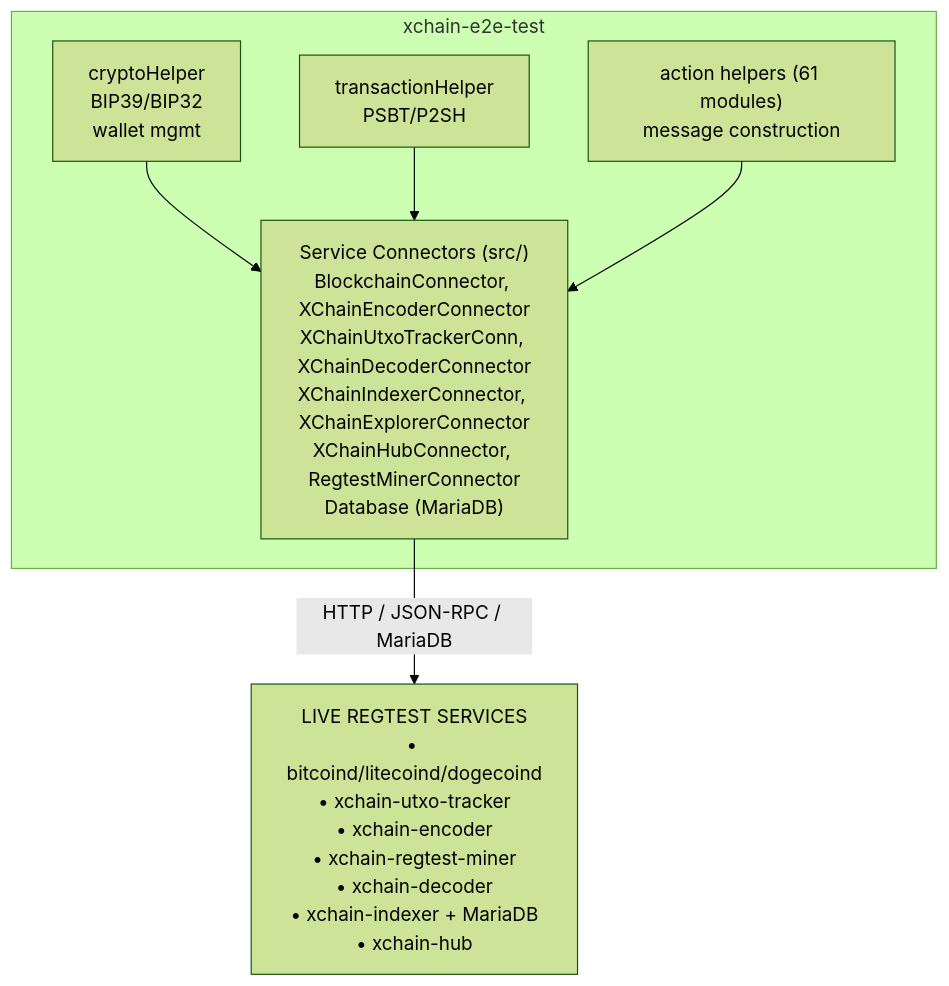
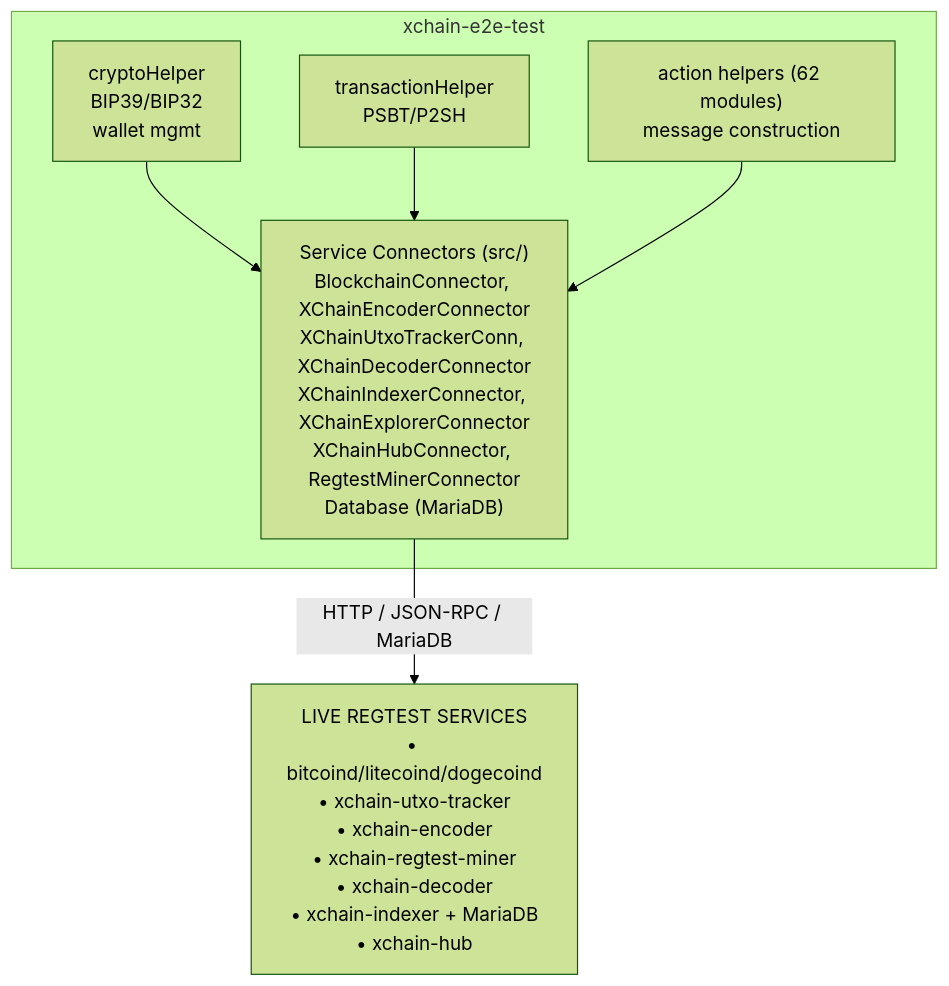
One commit to XChain-Platform/xchain-documentation changed the second of 2 diagrams in components/e2e-test/README.md. Above: the diagram before and after it, drawn with Mermaid (forest theme). The commit also changed 1 other file, not shown here.

Commit message:
Count the e2e rail leg coin helper among the helper modules

````diff
--- a/components/e2e-test/README.md
+++ b/components/e2e-test/README.md
@@ -65,14 +65,14 @@
 ```mermaid
 flowchart TD
     subgraph E2E["xchain-e2e-test"]
         CH["cryptoHelper<br>BIP39/BIP32<br>wallet mgmt"]
         TH["transactionHelper<br>PSBT/P2SH"]
-        AH["action helpers (61 modules)<br>message construction"]
+        AH["action helpers (62 modules)<br>message construction"]
         SC["Service Connectors (src/)<br>BlockchainConnector, XChainEncoderConnector<br>XChainUtxoTrackerConn, XChainDecoderConnector<br>XChainIndexerConnector, XChainExplorerConnector<br>XChainHubConnector, RegtestMinerConnector<br>Database (MariaDB)"]
         CH --> SC
         TH --> SC
         AH --> SC
     end
     SVC["LIVE REGTEST SERVICES<br>• bitcoind/litecoind/dogecoind<br>• xchain-utxo-tracker<br>• xchain-encoder<br>• xchain-regtest-miner<br>• xchain-decoder<br>• xchain-indexer + MariaDB<br>• xchain-hub"]
     SC -->|HTTP / JSON-RPC / MariaDB| SVC
 ```
````
